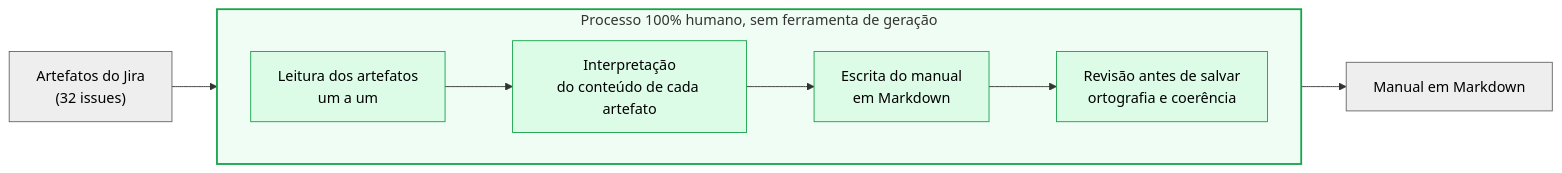
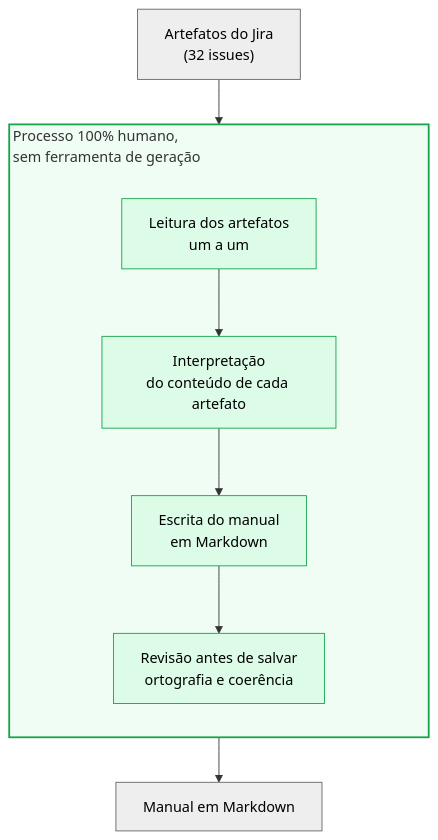
One commit to KarenStackoski/TCC changed the fourth of 8 diagrams in docs/diagramas.md. Above: the diagram before and after it, drawn with Mermaid. The commit also changed other lines of this file and 4 other files, not shown here.

````diff
--- a/docs/diagramas.md
+++ b/docs/diagramas.md
@@ -156,23 +150,24 @@
 ```mermaid
-flowchart LR
+%%{init: {"flowchart": {"subGraphTitleMargin": {"top": 0, "bottom": 45}}}}%%
+flowchart TB
     A["Artefatos do Jira<br/>(32 issues)"]:::dado
 
-    subgraph HUM["Processo 100% humano, sem ferramenta de geração"]
-        direction LR
+    subgraph HUM["Processo 100% humano,<br/>sem ferramenta de geração#160;#160;#160;#160;#160;#160;#160;#160;#160;#160;#160;#160;#160;#160;#160;#160;#160;#160;#160;#160;#160;#160;#160;#160;#160;#160;#160;#160;#160;#160;#160;#160;#160;#160;#160;#160;#160;#160;#160;#160;#160;#160;#160;#160;#160;#160;#160;#160;#160;#160;#160;#160;#160;#160;#160;#160;#160;#160;#160;#160;"]
+        direction TB
         B["Leitura dos artefatos<br/>um a um"]:::humano
         C["Interpretação<br/>do conteúdo de cada artefato"]:::humano
         D["Escrita do manual<br/>em Markdown"]:::humano
         E["Revisão antes de salvar<br/>ortografia e coerência"]:::humano
     end
 
     F["Manual em Markdown"]:::dado
 
     A --> B --> C --> D --> E --> F
 
     style HUM fill:#f0fdf4,stroke:#16a34a,stroke-width:2px
 
     classDef dado fill:#eeeeee,stroke:#666,color:#000;
     classDef regra fill:#dbeafe,stroke:#2563eb,color:#000;
     classDef llm fill:#ffedd5,stroke:#ea580c,color:#000;
     classDef humano fill:#dcfce7,stroke:#16a34a,color:#000;
 ```
````
